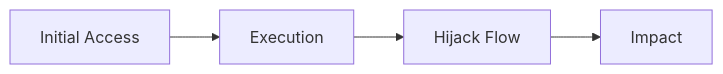
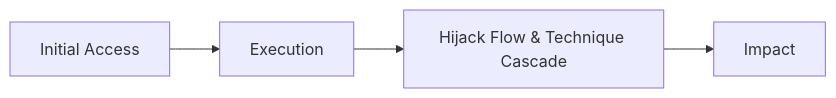
One commit to Danus365/redteam_playbook changed the diagram in docs/ai-red-team-in-practice/recon.md. Above: the diagram before and after it, drawn with Mermaid. The commit also changed other lines of this file and 3 other files, not shown here.

````diff
--- a/docs/ai-red-team-in-practice/recon.md
+++ b/docs/ai-red-team-in-practice/recon.md
@@ -22,6 +22,6 @@
 ```mermaid
 flowchart LR
     IA["Initial Access"] --> EX["Execution"]
-    EX --> TC["Hijack Flow"]
+    EX --> TC["Hijack Flow & Technique Cascade"]
     TC --> IM["Impact"]
 ```
````
